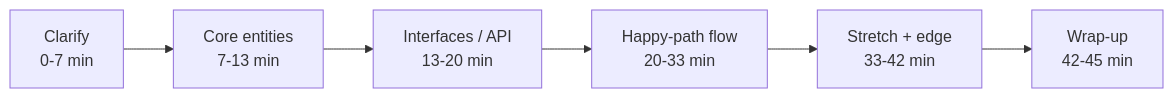
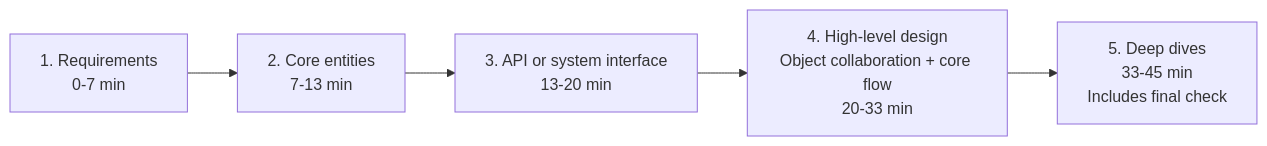
Before and after one commit to Anilinfo2015/anilinfo2015.github.io: the first of 2 diagrams in low-level-design/00-the-45-minute-lld-framework.md, drawn with Mermaid. The commit also changed other lines of this file and 109 other files, not shown here.

````diff
--- a/low-level-design/00-the-45-minute-lld-framework.md
+++ b/low-level-design/00-the-45-minute-lld-framework.md
@@ -30,8 +36,7 @@
 ```mermaid
 flowchart LR
-    A[Clarify<br/>0-7 min] --> B[Core entities<br/>7-13 min]
-    B --> C[Interfaces / API<br/>13-20 min]
-    C --> D[Happy-path flow<br/>20-33 min]
-    D --> E[Stretch + edge<br/>33-42 min]
-    E --> F[Wrap-up<br/>42-45 min]
+    A[1. Requirements<br/>0-7 min] --> B[2. Core entities<br/>7-13 min]
+    B --> C[3. API or system interface<br/>13-20 min]
+    C --> D[4. High-level design<br/>Object collaboration + core flow<br/>20-33 min]
+    D --> E[5. Deep dives<br/>33-45 min<br/>Includes final check]
 ```
````
